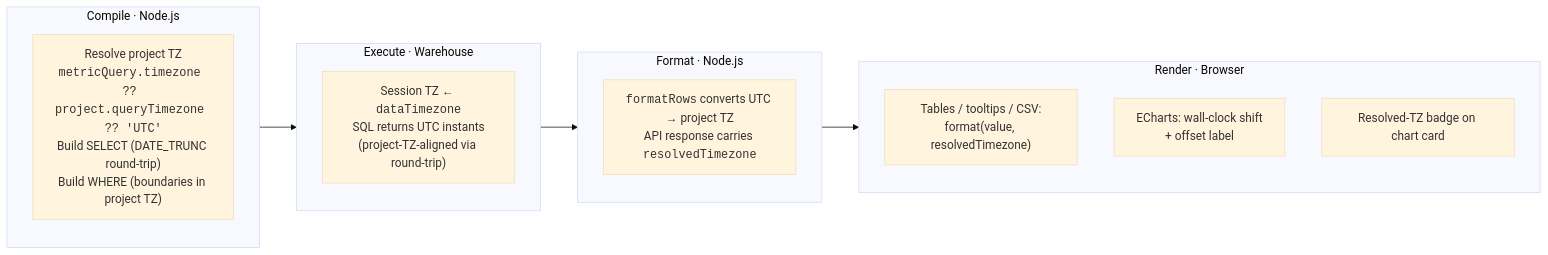
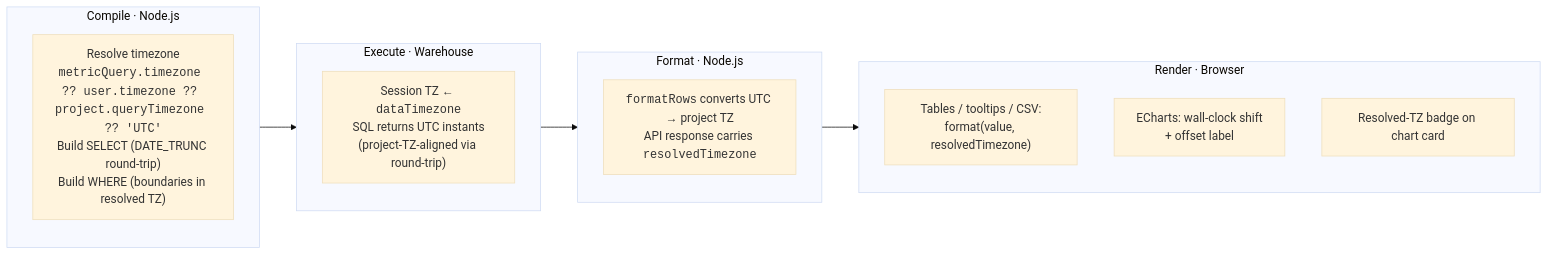
The second of 6 diagrams in docs/timezone-handling.md (simonqin/ld), drawn with Mermaid (base theme) before and after one commit. The commit also changed other lines of this file and 43 other files, not shown here.

First line of the commit message:
feat(timezone): user-level timezone preference (PROD-7528) (#22911)

````diff
--- a/docs/timezone-handling.md
+++ b/docs/timezone-handling.md
@@ -63,23 +92,23 @@
 ```mermaid
 flowchart LR
     subgraph Compile["Compile · Node.js"]
         direction TB
-        C1["Resolve project TZ<br/><code>metricQuery.timezone ?? project.queryTimezone ?? 'UTC'</code><br/>Build SELECT (DATE_TRUNC round-trip)<br/>Build WHERE (boundaries in project TZ)"]
+        C1["Resolve timezone<br/><code>metricQuery.timezone ?? user.timezone ?? project.queryTimezone ?? 'UTC'</code><br/>Build SELECT (DATE_TRUNC round-trip)<br/>Build WHERE (boundaries in resolved TZ)"]
     end
     subgraph Execute["Execute · Warehouse"]
         direction TB
         E1["Session TZ ← <code>dataTimezone</code><br/>SQL returns UTC instants<br/>(project-TZ-aligned via round-trip)"]
     end
     subgraph Format["Format · Node.js"]
         direction TB
         F1["<code>formatRows</code> converts UTC → project TZ<br/>API response carries <code>resolvedTimezone</code>"]
     end
     subgraph Render["Render · Browser"]
         direction TB
         R1["Tables / tooltips / CSV:<br/>format(value, resolvedTimezone)"]
         R2["ECharts: wall-clock shift<br/>+ offset label"]
         R3["Resolved-TZ badge on chart card"]
     end
 
     Compile --> Execute --> Format --> Render
 ```
````
